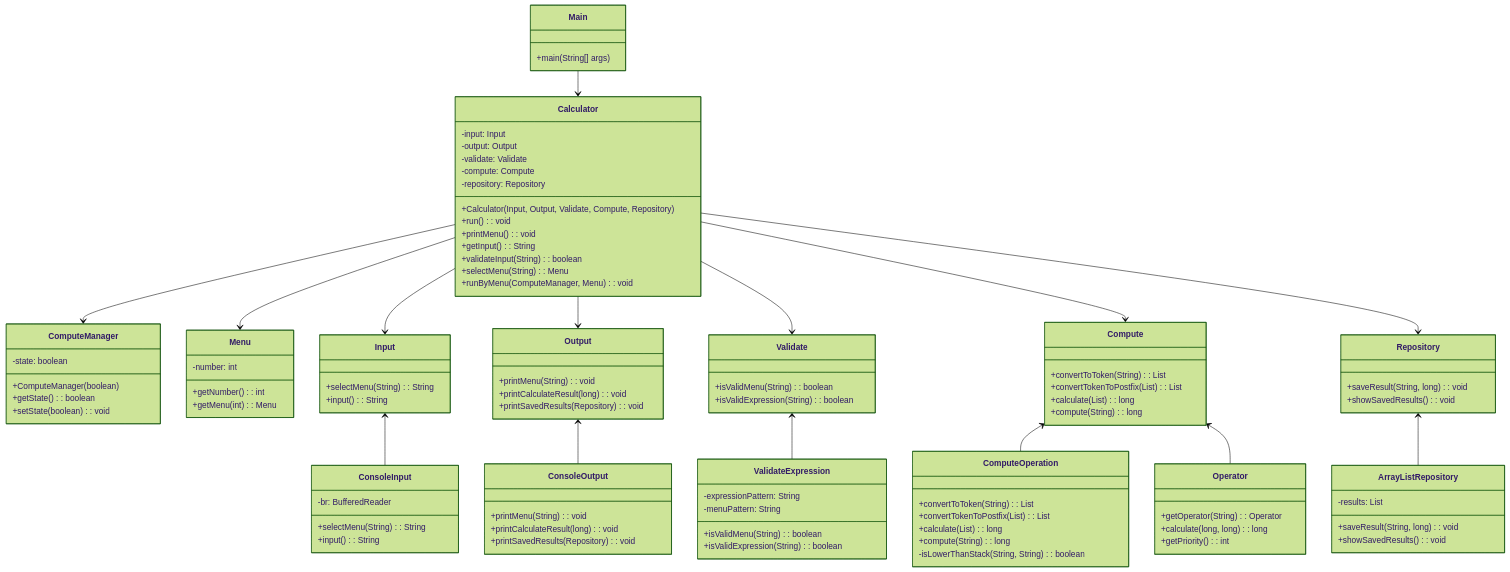
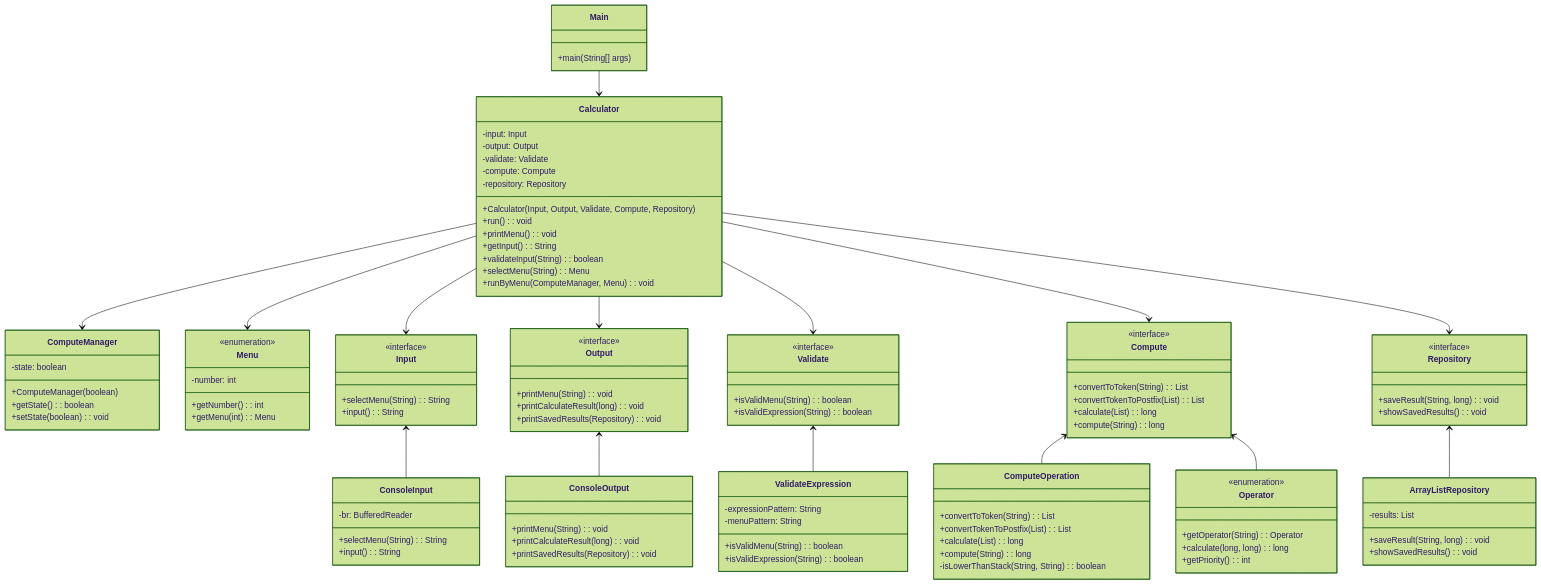
One commit to noxknow/Dev_practice changed the diagram in README.md. Above: the diagram before and after it, drawn with Mermaid (forest theme).

Commit message:
update : README 클래스 다이어그램에 인터페이스, Enum 표시 추가

```diff
--- a/README.md
+++ b/README.md
@@ -93,12 +93,14 @@
   }
 
   class Menu {
+    <<enumeration>>
     -number: int
     +getNumber(): int
     +getMenu(int): Menu
   }
 
   class Validate {
+    <<interface>>
     +isValidMenu(String): boolean
     +isValidExpression(String): boolean
   }
@@ -111,11 +113,13 @@
   }
 
   class Input {
+    <<interface>>
     +selectMenu(String): String
     +input(): String
   }
 
   class Output {
+    <<interface>>
     +printMenu(String): void
     +printCalculateResult(long): void
     +printSavedResults(Repository): void
@@ -134,6 +138,7 @@
   }
 
   class Repository {
+    <<interface>>
     +saveResult(String, long): void
     +showSavedResults(): void
   }
@@ -145,6 +150,7 @@
   }
 
   class Compute {
+    <<interface>>
     +convertToToken(String): List<String>
     +convertTokenToPostfix(List<String>): List<String>
     +calculate(List<String>): long
@@ -160,6 +166,7 @@
   }
 
   class Operator {
+    <<enumeration>>
     +getOperator(String): Operator
     +calculate(long, long): long
     +getPriority(): int
```
